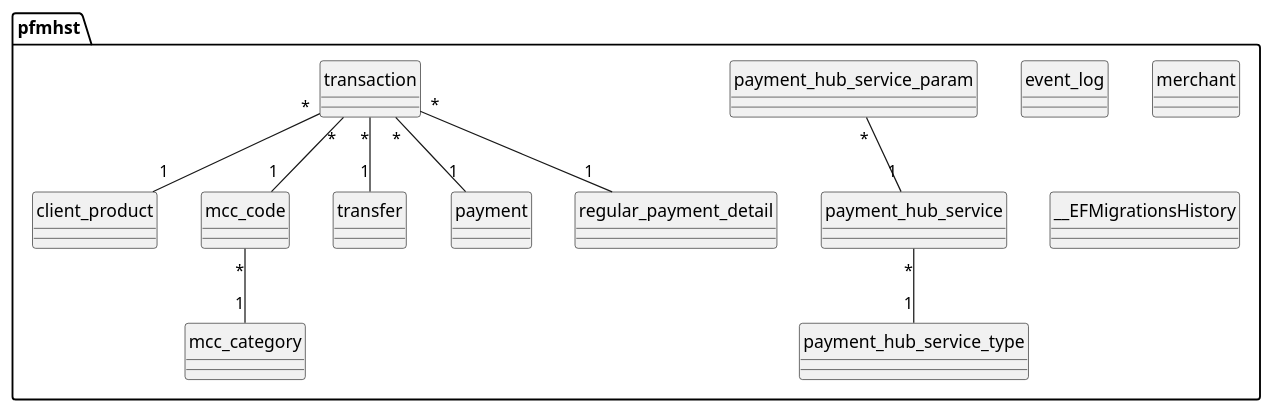
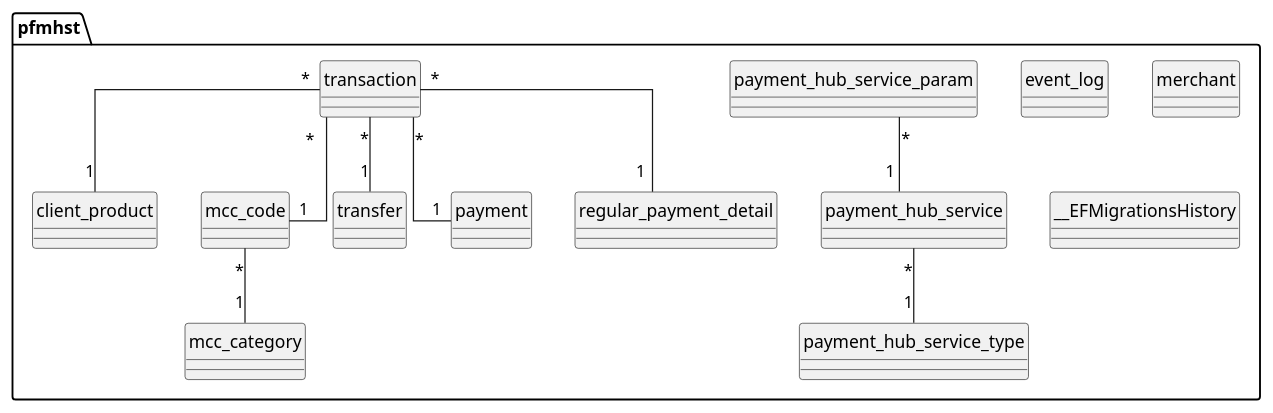
Before and after one commit to ParHandler/run_liquid: the diagram in scratch.puml, drawn with PlantUML.

Commit message:
Add avoid problems with angled crows feet skinparam linetype ortho,     skinparam linetype polyline

```diff
--- a/scratch.puml
+++ b/scratch.puml
@@ -1,26 +1,30 @@
 @startuml
 ' hide the spot
 hide circle
+
+' avoid problems with angled crows feet
+skinparam linetype polyline
+skinparam linetype ortho
 
 class pfmhst.event_log
 class pfmhst.payment_hub_service_type
 class pfmhst.payment_hub_service
 pfmhst.payment_hub_service "*" -- "1" pfmhst.payment_hub_service_type
 class pfmhst.mcc_category
 class pfmhst.merchant
 class pfmhst.__EFMigrationsHistory
 class pfmhst.payment_hub_service_param
 pfmhst.payment_hub_service_param "*" -- "1" pfmhst.payment_hub_service
 class pfmhst.client_product
 class pfmhst.transaction
 pfmhst.transaction "*" -- "1" pfmhst.mcc_code
 pfmhst.transaction "*" -- "1" pfmhst.transfer
 pfmhst.transaction "*" -- "1" pfmhst.client_product
 pfmhst.transaction "*" -- "1" pfmhst.payment
 pfmhst.transaction "*" -- "1" pfmhst.regular_payment_detail
 class pfmhst.transfer
 class pfmhst.regular_payment_detail
 class pfmhst.payment
 class pfmhst.mcc_code
 pfmhst.mcc_code "*" -- "1" pfmhst.mcc_category
 @enduml
```
